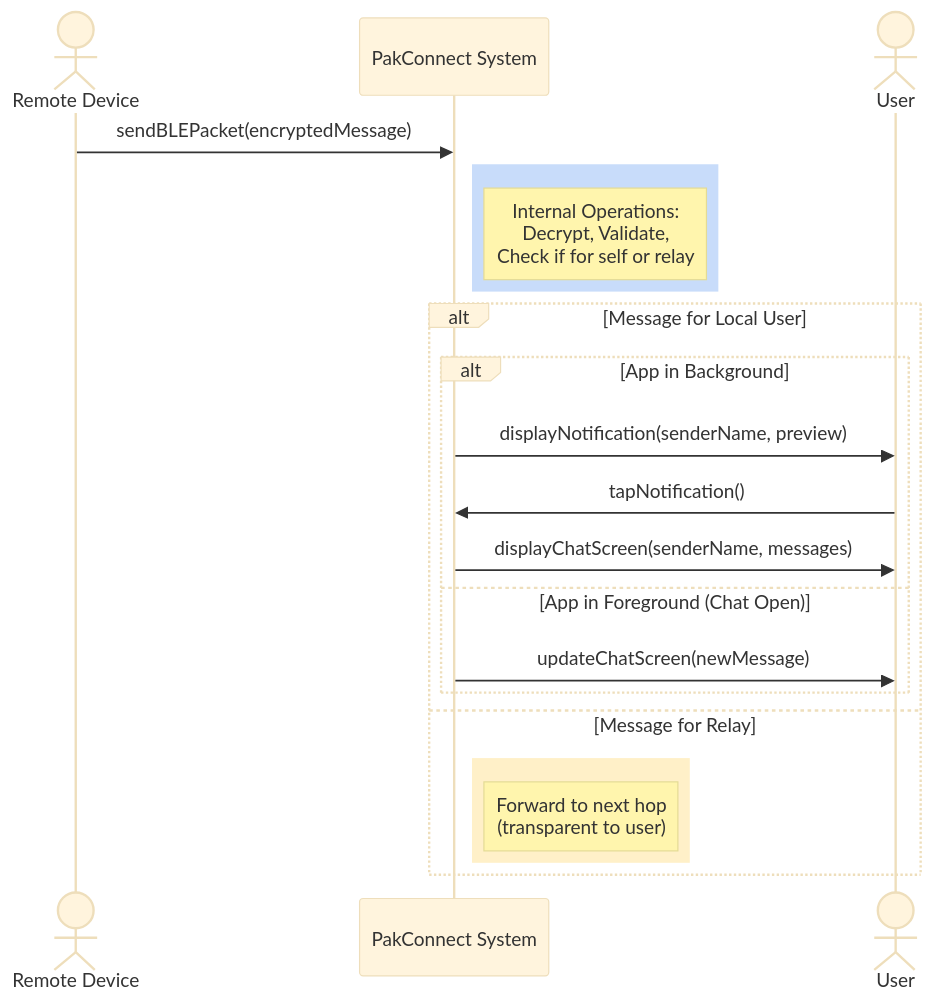
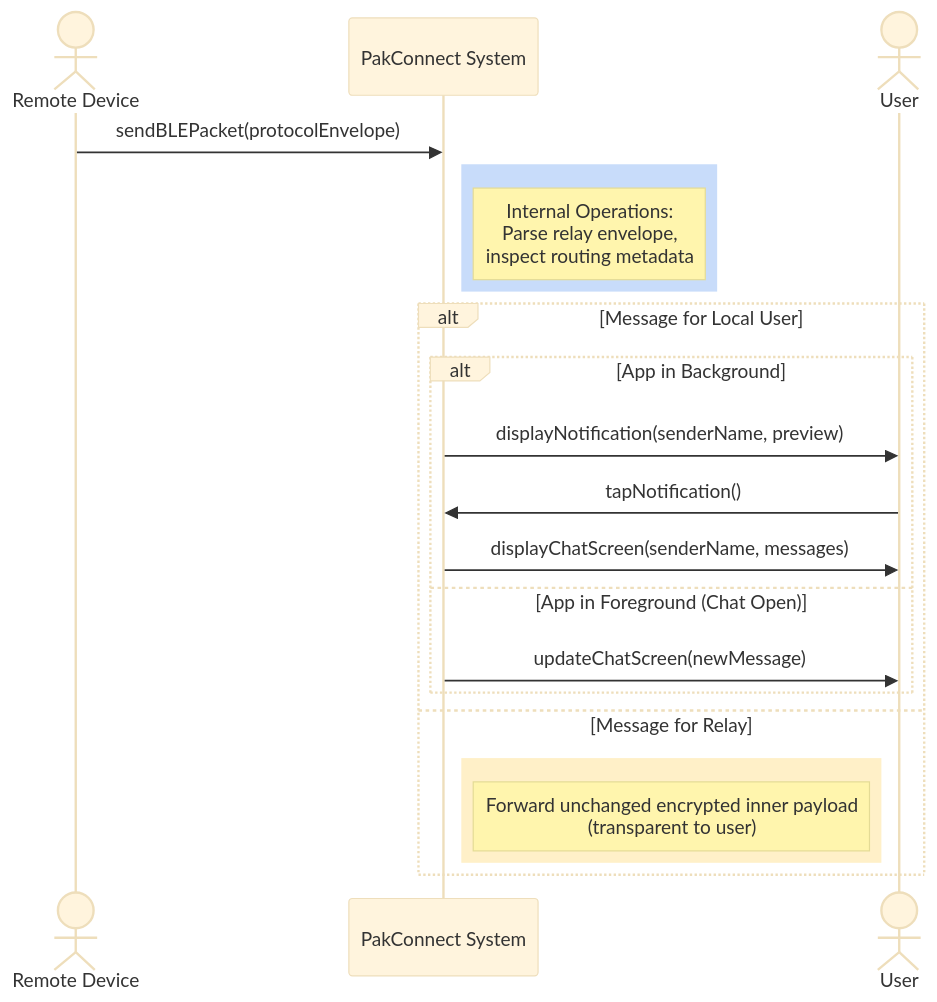
The third of 7 diagrams in docs/srs/06a-system-sequence-diagrams.md (AbubakarMahmood1/pak_connect_final), drawn with Mermaid (base theme) before and after one commit. The commit also changed other lines of this file and 27 other files, not shown here.

````diff
--- a/docs/srs/06a-system-sequence-diagrams.md
+++ b/docs/srs/06a-system-sequence-diagrams.md
@@ -195,26 +199,26 @@
 ```mermaid
 sequenceDiagram
     actor Remote as Remote Device
     participant System as PakConnect System
     actor User
 
-    Remote->>System: sendBLEPacket(encryptedMessage)
+    Remote->>System: sendBLEPacket(protocolEnvelope)
 
     rect rgb(200, 220, 250)
-        note right of System: Internal Operations:<br/>Decrypt, Validate,<br/>Check if for self or relay
+        note right of System: Internal Operations:<br/>Parse relay envelope,<br/>inspect routing metadata
     end
 
     alt Message for Local User
         alt App in Background
             System->>User: displayNotification(senderName, preview)
             User->>System: tapNotification()
             System->>User: displayChatScreen(senderName, messages)
         else App in Foreground (Chat Open)
             System->>User: updateChatScreen(newMessage)
         end
     else Message for Relay
         rect rgb(255, 240, 200)
-            note right of System: Forward to next hop<br/>(transparent to user)
+            note right of System: Forward unchanged encrypted inner payload<br/>(transparent to user)
         end
     end
 ```
````
